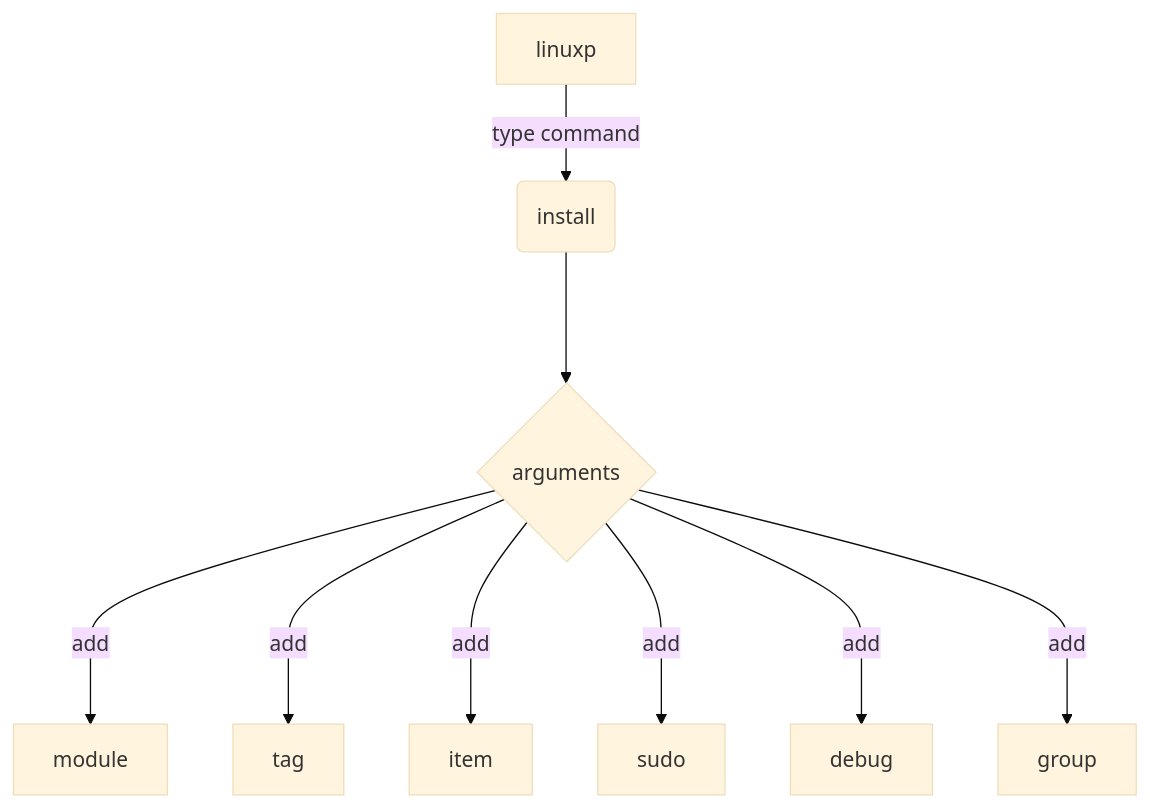
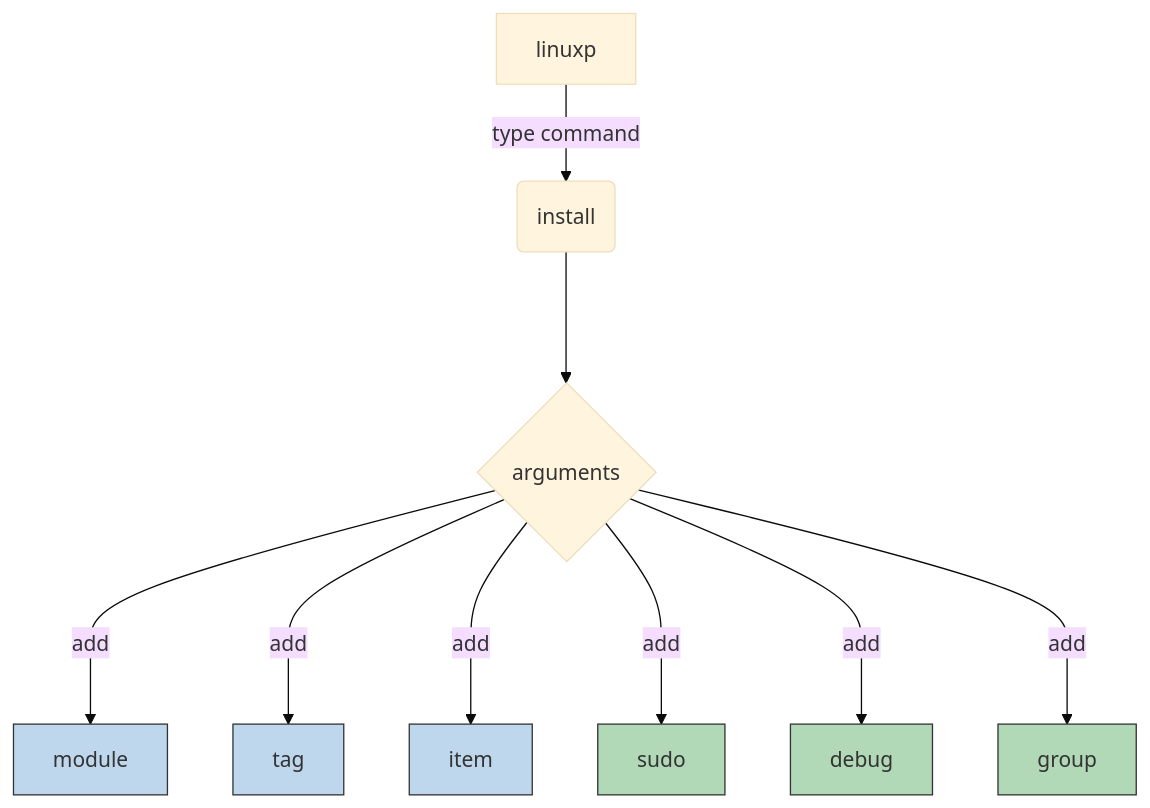
One commit to linux-profile/linux-profile changed the diagram in docs/nav/commands/install/index.md. Above: the diagram before and after it, drawn with Mermaid (base theme). The commit also changed 3 other files, not shown here.

````diff
--- a/docs/nav/commands/install/index.md
+++ b/docs/nav/commands/install/index.md
@@ -32,11 +32,19 @@
 ``` mermaid
 graph TD
     L[linuxp] -->|type command| i(install)
     i ---> option_i{arguments}
     option_i --->|add| arg_i_module[module]
     option_i --->|add| arg_i_tag[tag]
     option_i --->|add| arg_i_item[item]
     option_i --->|add| arg_i_sudo[sudo]
     option_i --->|add| arg_i_debug[debug]
     option_i --->|add| arg_i_group[group]
+
+    style arg_i_module fill:#BFD7ED,stroke:#333
+    style arg_i_tag fill:#BFD7ED,stroke:#333
+    style arg_i_item fill:#BFD7ED,stroke:#333
+    style arg_i_sudo fill:#B1D8B7,stroke:#333
+    style arg_i_debug fill:#B1D8B7,stroke:#333
+    style arg_i_group fill:#B1D8B7,stroke:#333
+
 ```
````
